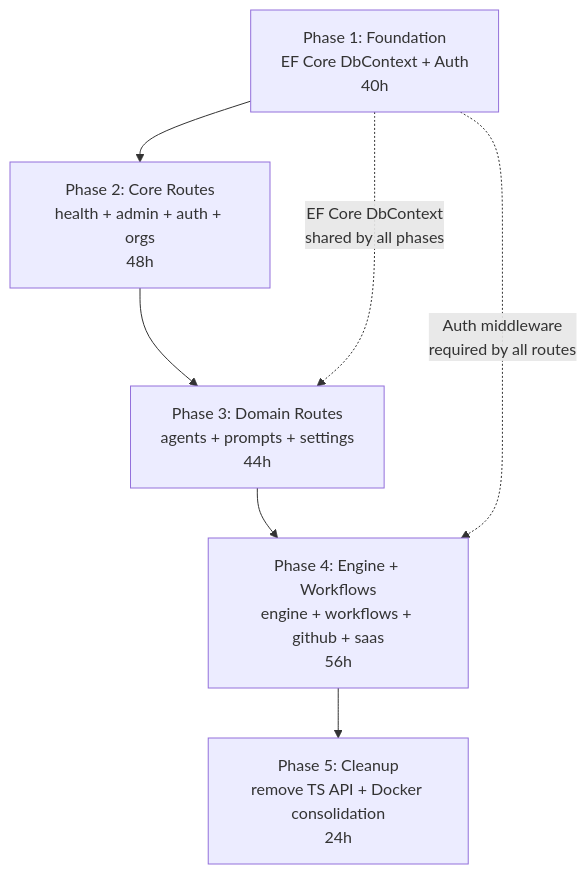
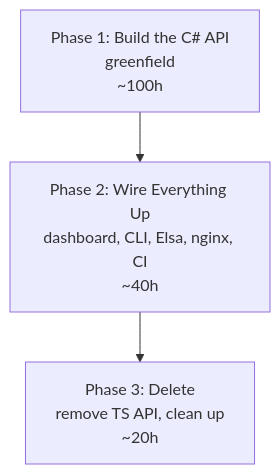
The diagram in docs/stories/epic-19/19-1-api-consolidation-to-csharp.md (meywd/tamma), drawn with Mermaid before and after one commit. The commit also changed other lines of this file and 5 other files, not shown here.

Commit message:
docs: rewrite Epic 19 — greenfield C# API, no coexistence, wipe and recreate

````diff
--- a/docs/stories/epic-19/19-1-api-consolidation-to-csharp.md
+++ b/docs/stories/epic-19/19-1-api-consolidation-to-csharp.md
@@ -114,16 +133,9 @@
 ```mermaid
 graph TD
-  P1[Phase 1: Foundation<br/>EF Core DbContext + Auth<br/>40h]
-  P2[Phase 2: Core Routes<br/>health + admin + auth + orgs<br/>48h]
-  P3[Phase 3: Domain Routes<br/>agents + prompts + settings<br/>44h]
-  P4[Phase 4: Engine + Workflows<br/>engine + workflows + github + saas<br/>56h]
-  P5[Phase 5: Cleanup<br/>remove TS API + Docker consolidation<br/>24h]
+  P1[Phase 1: Build the C# API<br/>greenfield<br/>~100h]
+  P2[Phase 2: Wire Everything Up<br/>dashboard, CLI, Elsa, nginx, CI<br/>~40h]
+  P3[Phase 3: Delete<br/>remove TS API, clean up<br/>~20h]
 
   P1 --> P2
   P2 --> P3
-  P3 --> P4
-  P4 --> P5
-
-  P1 -.-> |"EF Core DbContext<br/>shared by all phases"| P3
-  P1 -.-> |"Auth middleware<br/>required by all routes"| P4
 ```
````
